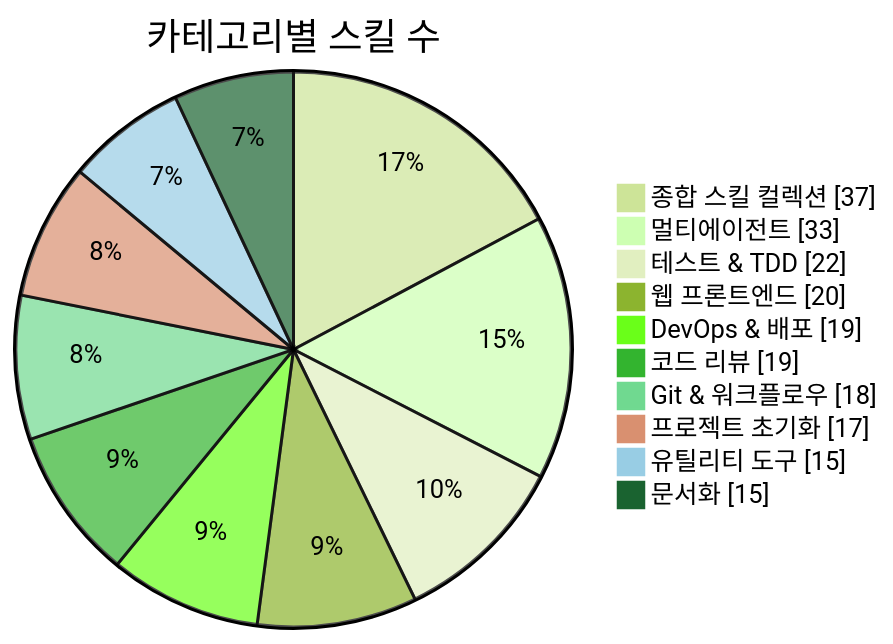
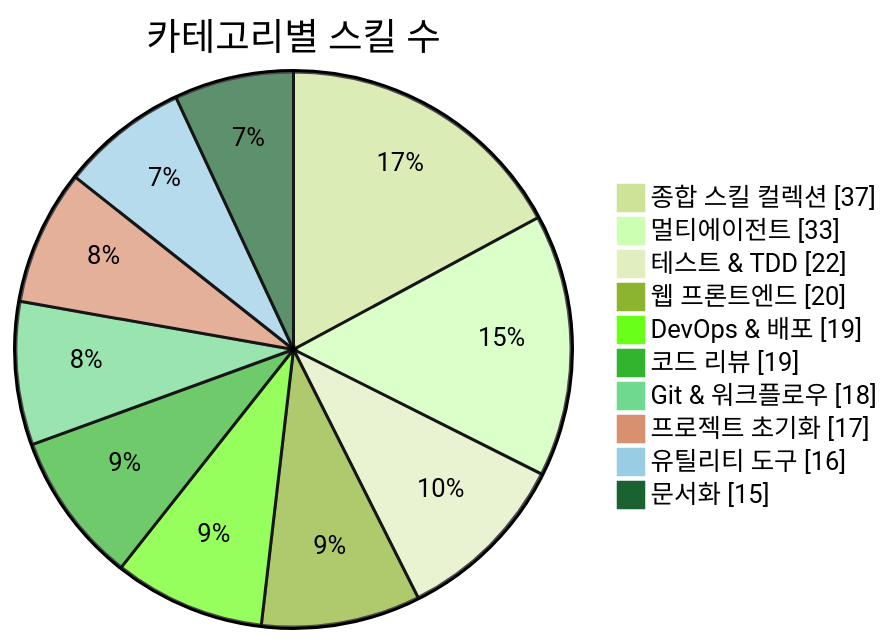
Before and after one commit to J-nowcow/awesome-korean-agent-skills: the first of 3 diagrams in README.md, drawn with Mermaid (forest theme). The commit also changed other lines of this file and 3 other files, not shown here.

````diff
--- a/README.md
+++ b/README.md
@@ -176,14 +176,14 @@
 ```mermaid
 pie showData
     title 카테고리별 스킬 수
     "종합 스킬 컬렉션" : 37
     "멀티에이전트" : 33
     "테스트 & TDD" : 22
     "웹 프론트엔드" : 20
     "DevOps & 배포" : 19
     "코드 리뷰" : 19
     "Git & 워크플로우" : 18
     "프로젝트 초기화" : 17
-    "유틸리티 도구" : 15
+    "유틸리티 도구" : 16
     "문서화" : 15
 ```
````
